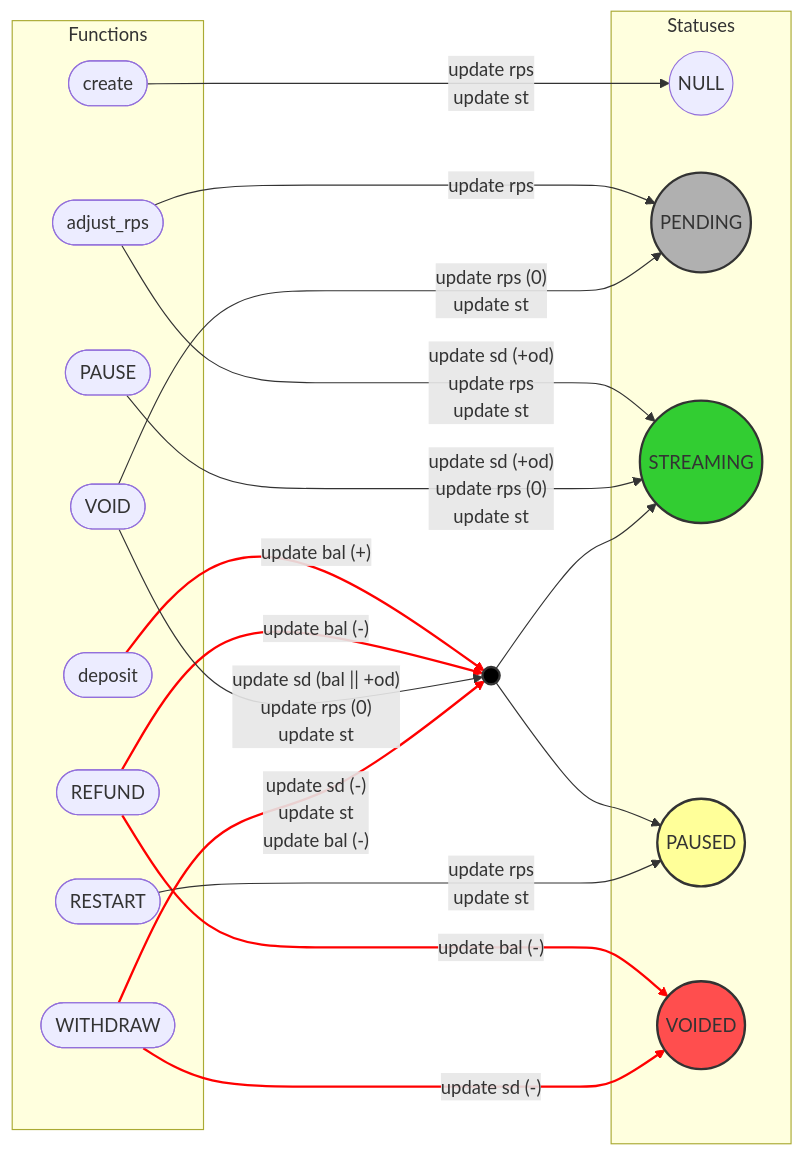
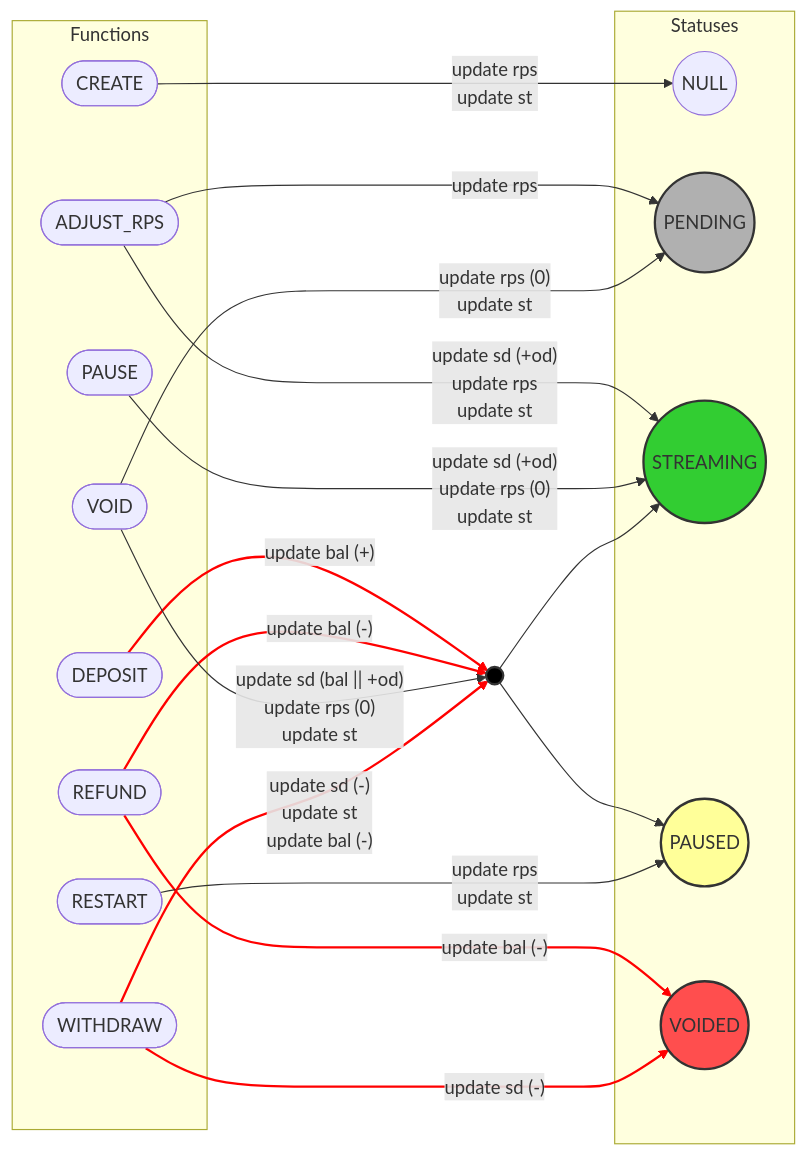
One commit to sablier-labs/flow changed the second of 8 diagrams in DIAGRAMS.md. Above: the diagram before and after it, drawn with Mermaid.

Commit message:
docs: revert lower cases in diagram

````diff
--- a/DIAGRAMS.md
+++ b/DIAGRAMS.md
@@ -81,54 +81,54 @@
 ```mermaid
 flowchart LR
     subgraph Statuses
         NULL((NULL))
         PND((PENDING)):::grey
         STR((STREAMING)):::green
         PSED((PAUSED)):::yellow
         VOID((VOIDED)):::red
     end
 
     subgraph Functions
-        CR([create])
-        ADJRPS([adjust_rps])
-        DP([deposit])
+        CR([CREATE])
+        ADJRPS([ADJUST_RPS])
+        DP([DEPOSIT])
         PS([PAUSE])
         RST([RESTART])
         VD([VOID])
         RFD([REFUND])
         WTD([WITHDRAW])
     end
 
     BOTH((  )):::black
 
 
     classDef black fill:#000000,stroke:#333,stroke-width:2px;
     classDef green fill:#32cd32,stroke:#333,stroke-width:2px;
     classDef grey fill:#b0b0b0,stroke:#333,stroke-width:2px;
     classDef yellow fill:#ffff99,stroke:#333,stroke-width:2px;
     classDef red fill:#ff4e4e,stroke:#333,stroke-width:2px;
 
     CR -- "update rps<br/>update st" --> NULL
 
     ADJRPS -- "update rps" --> PND
     ADJRPS -- "update sd (+od)<br/>update rps<br/>update st" -->  STR
 
     DP -- "update bal (+)" --> BOTH
 
     RFD -- "update bal (-)" --> BOTH
     RFD -- "update bal (-)" --> VOID
 
     PS -- "update sd (+od)<br/>update rps (0)<br/>update st" --> STR
 
     BOTH --> STR & PSED
 
     RST -- "update rps<br/>update st" --> PSED
 
     VD -- "update rps (0)<br/>update st" --> PND
     VD -- "update sd (bal || +od)<br/>update rps (0)<br/>update st" --> BOTH
 
     WTD -- "update sd (-)<br/>update st<br/>update bal (-)" --> BOTH
     WTD -- "update sd (-)" --> VOID
 
     linkStyle 3,4,5,12,13 stroke:#ff0000,stroke-width:2px
 ```
````
